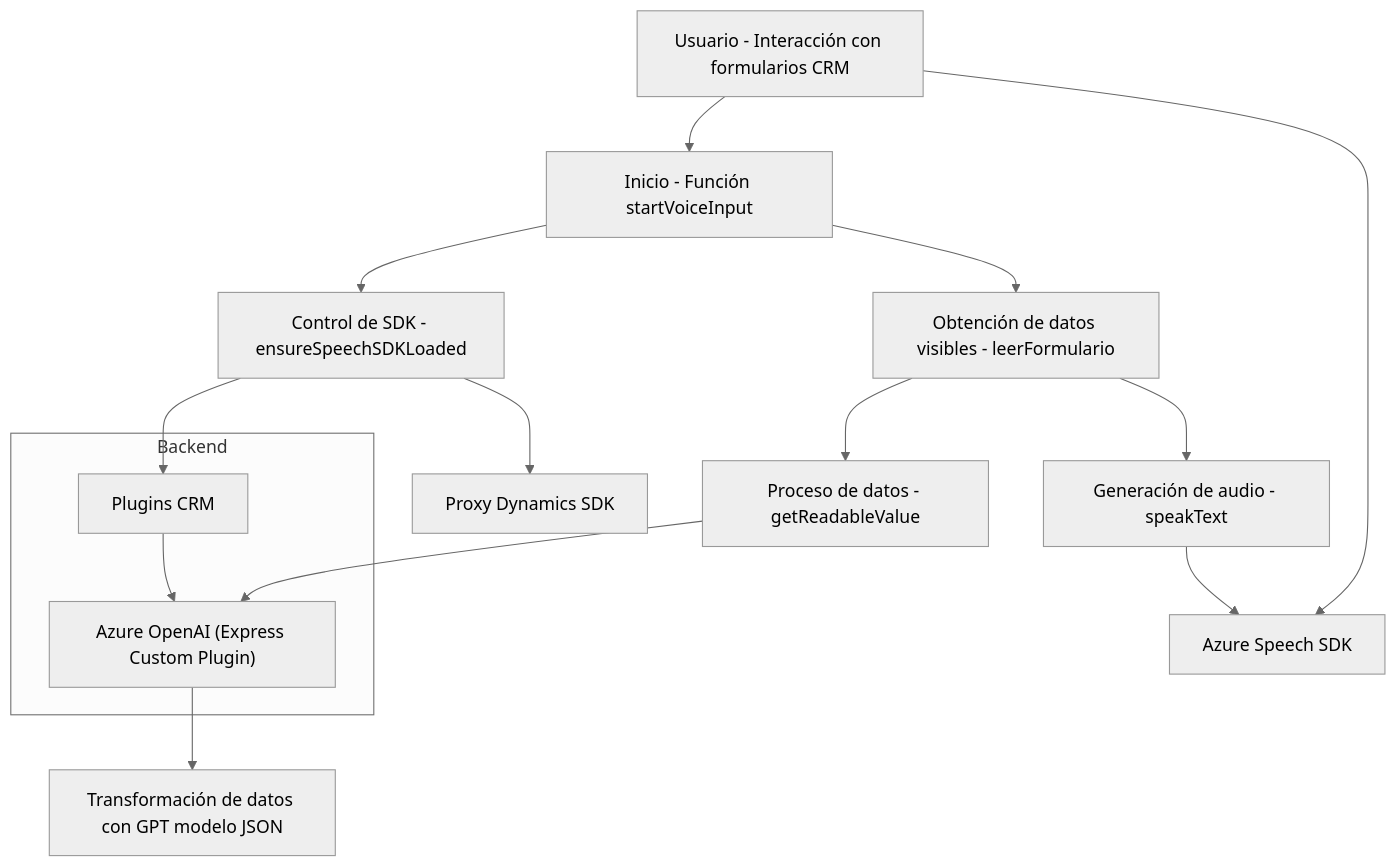
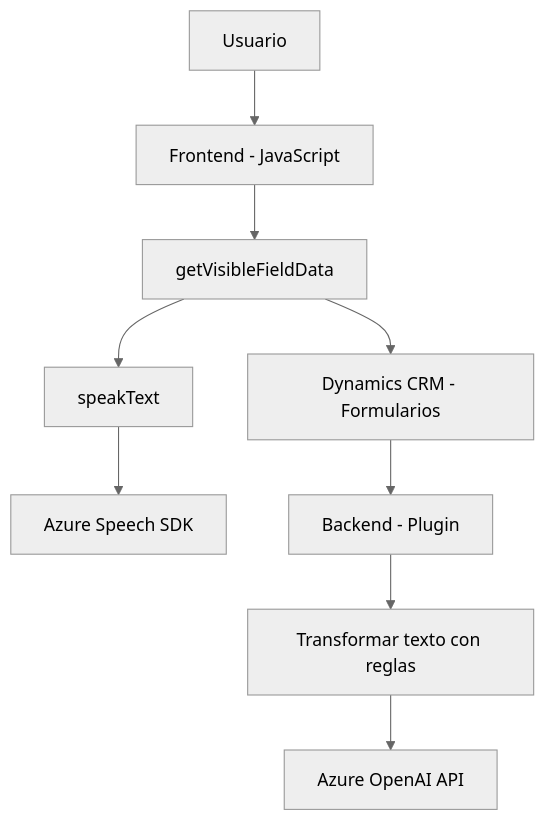
The diagram in README.md (blopezdm/NETCORE_BILBAO2025), drawn with Mermaid (neutral theme) before and after one commit. The commit also changed other lines of this file, not shown here.

Commit message:
Actualizar análisis global de la solución con IA

````diff
--- a/README.md
+++ b/README.md
@@ -39,18 +55,21 @@
 ```mermaid
 graph TD
-  A["Usuario - Interacción con formularios CRM"] --> B["Azure Speech SDK"]
-  A --> C["Inicio - Función startVoiceInput"]
-  C --> D["Obtención de datos visibles - leerFormulario"]
-  C --> E["Control de SDK - ensureSpeechSDKLoaded"]
-  D --> F["Proceso de datos - getReadableValue"]
-  D --> G["Generación de audio - speakText"]
-  G --> B
-  F --> H["Azure OpenAI (Express Custom Plugin)"]
-  E --> I["Proxy Dynamics SDK"]
-  H --> J["Transformación de datos con GPT modelo JSON"]
-  E --> K["Plugins CRM"]
+    A["Usuario"]
+    B["Frontend - JavaScript"]
+    C["getVisibleFieldData"]
+    D["speakText"]
+    E["Azure Speech SDK"]
+    F["Dynamics CRM - Formularios"]
+    G["Backend - Plugin"]
+    H["Transformar texto con reglas"]
+    I["Azure OpenAI API"]
 
-  subgraph Backend
-    K --> H
-  end
+    A --> B
+    B --> C
+    C --> F
+    C --> D
+    D --> E
+    F --> G
+    G --> H
+    H --> I
 ```
````
